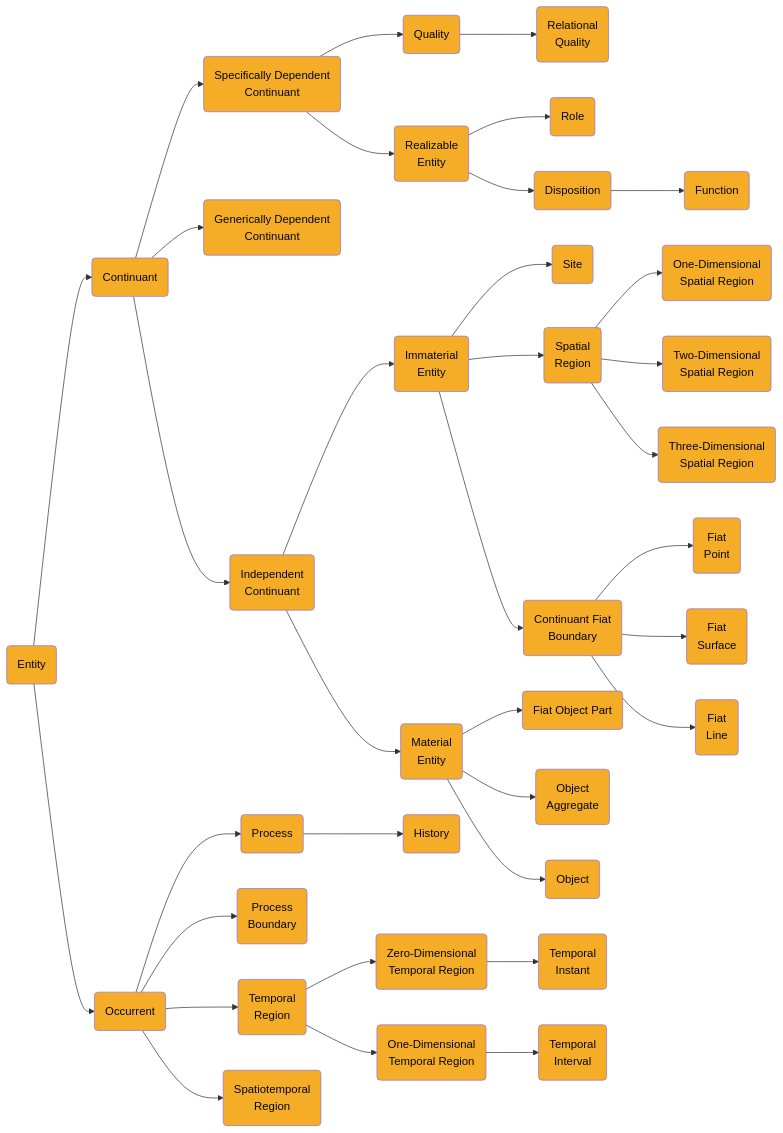
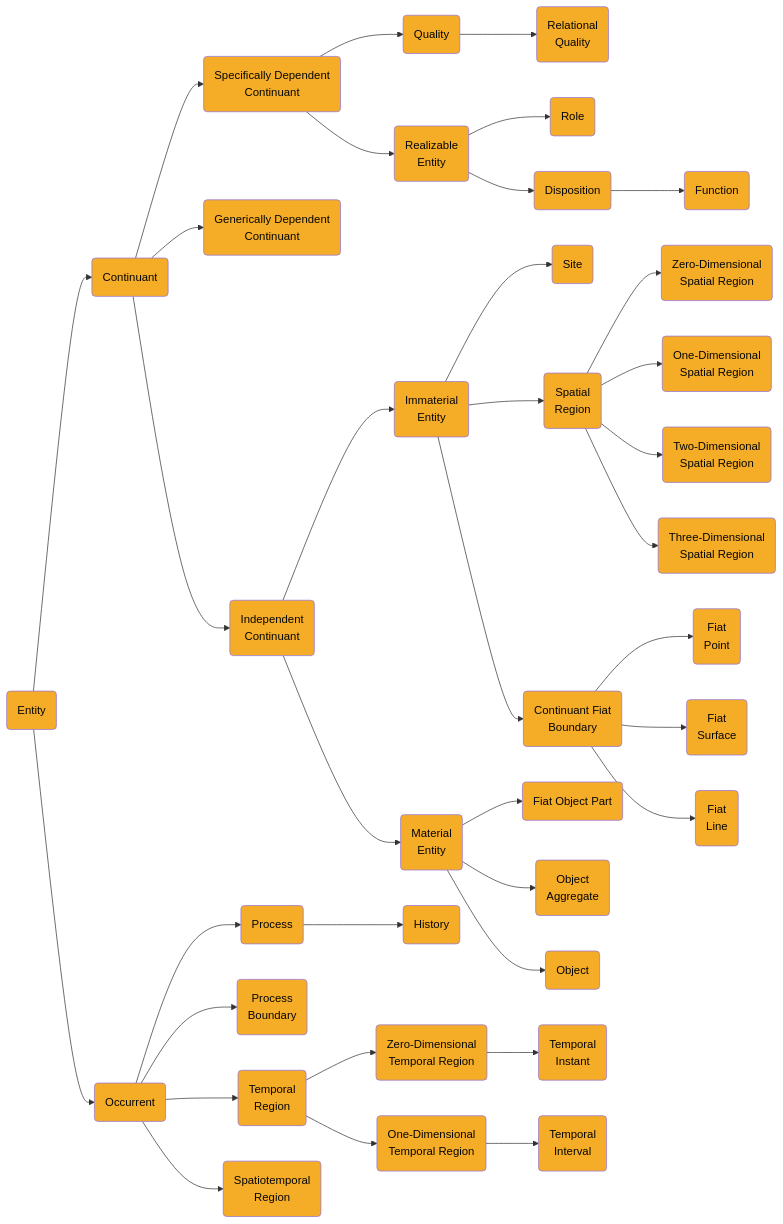
The diagram in README.md (BFO-ontology/BFO-2020), drawn with Mermaid before and after one commit.

````diff
--- a/README.md
+++ b/README.md
@@ -7,40 +7,41 @@
 ```mermaid
 graph LR
     A(Entity):::BFO --> B(Continuant)
     B(Continuant):::BFO --> D(Specifically Dependent<br> Continuant)
     B(Continuant) --> E(Generically Dependent<br> Continuant):::BFO
     B(Continuant) --> F(Independent<br> Continuant)
     F(Independent<br> Continuant):::BFO --> G(Material Entity)
     F(Independent<br> Continuant) --> H(Immaterial<br> Entity)
     D(Specifically Dependent<br> Continuant):::BFO --> I(Quality)
     D(Specifically Dependent<br> Continuant) --> J(Realizable<br> Entity):::BFO
     I(Quality):::BFO --> K(Relational<br> Quality):::BFO
     J(Realizable<br> Entity):::BFO --> L(Role):::BFO
     J(Realizable<br> Entity) --> M(Disposition):::BFO
     M(Disposition) --> N(Function):::BFO
     H(Immaterial<br> Entity):::BFO --> O(Site):::BFO
     H(Immaterial<br> Entity) --> P(Spatial<br> Region):::BFO
     H(Immaterial<br> Entity) --> Q(Continuant Fiat<br> Boundary):::BFO
     Q(Continuant Fiat<br> Boundary):::BFO --> R(Fiat<br> Point):::BFO
     Q(Continuant Fiat<br> Boundary) --> S(Fiat<br> Surface):::BFO
     Q(Continuant Fiat<br> Boundary) --> T(Fiat<br> Line):::BFO
+    P(Spatial<br> Region):::BFO --> VD(Zero-Dimensional<br> Spatial Region):::BFO
     P(Spatial<br> Region):::BFO --> U(One-Dimensional<br> Spatial Region):::BFO
     P(Spatial<br> Region):::BFO --> V(Two-Dimensional<br> Spatial Region):::BFO
     P(Spatial<br> Region):::BFO --> W(Three-Dimensional<br> Spatial Region):::BFO
     G(Material<br> Entity):::BFO --> X(Fiat Object Part):::BFO
     G(Material<br> Entity):::BFO --> Y(Object<br> Aggregate):::BFO
     G(Material<br> Entity):::BFO --> Z(Object):::BFO
     A(Entity):::BFO --> C(Occurrent):::BFO
     C(Occurrent):::BFO --> AA(Process):::BFO
     C(Occurrent) --> AB(Process<br> Boundary):::BFO
     C(Occurrent) --> AC(Temporal<br> Region):::BFO
     C(Occurrent) --> AD(Spatiotemporal<br> Region):::BFO
     AA(Process):::BFO --> AE(History):::BFO
     AC(Temporal<br> Region):::BFO --> AF(Zero-Dimensional<br> Temporal Region):::BFO
     AC(Temporal<br> Region) --> AI(One-Dimensional<br> Temporal Region):::BFO
     AF(Zero-Dimensional<br> Temporal Region):::BFO --> AG(Temporal<br> Instant):::BFO
     AI(One-Dimensional<br> Temporal Region):::BFO --> AH(Temporal<br> Interval):::BFO
 
     classDef BFO fill:#F5AD27,color:#060606
 
   ```
````
